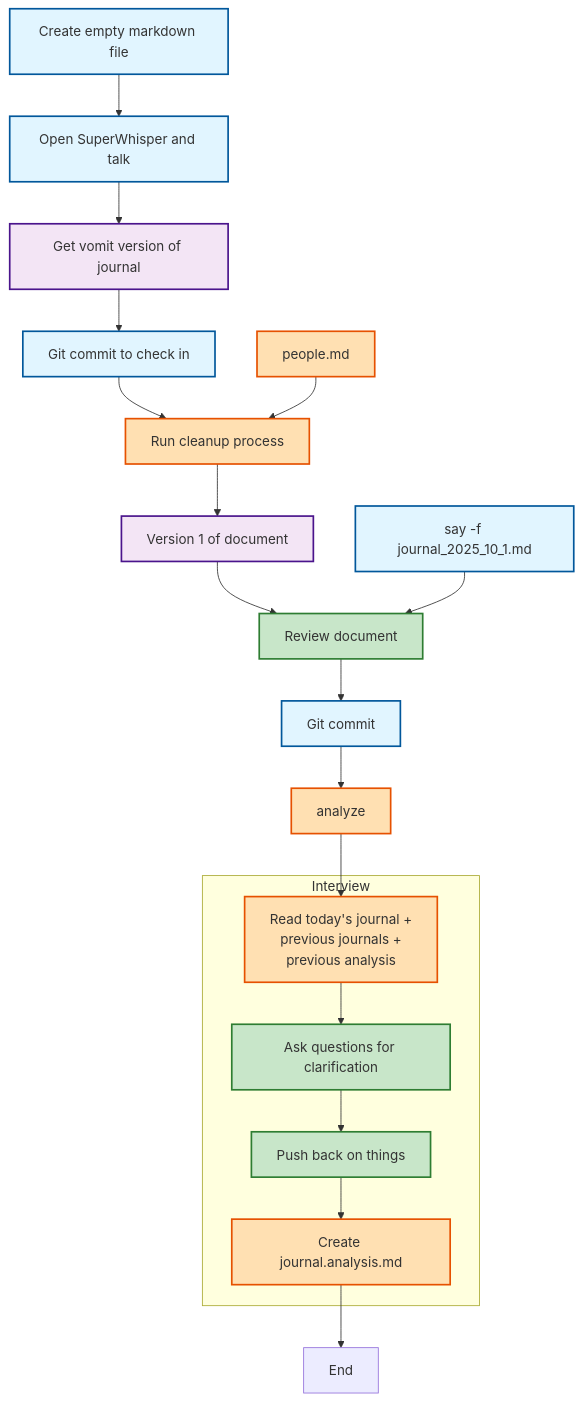
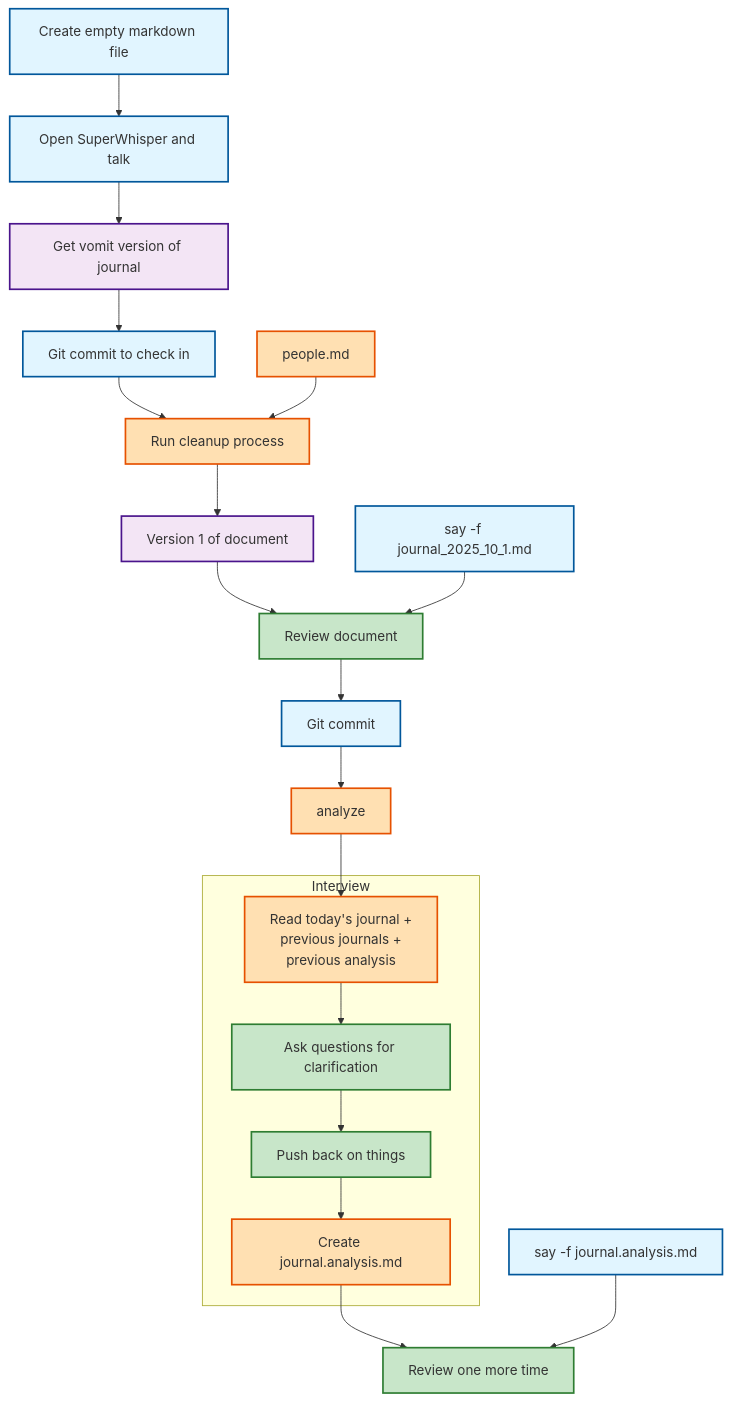
One commit to isidore/AIJournaling changed the second of 2 diagrams in Flowchart_Journaling/journaling_process.md. Above: the diagram before and after it, drawn with Mermaid.

Commit message:
step 9 review

````diff
--- a/Flowchart_Journaling/journaling_process.md
+++ b/Flowchart_Journaling/journaling_process.md
@@ -18,43 +18,47 @@
 ```mermaid
 graph TD
     Start[Create empty markdown file]:::tools
     Whisper[Open SuperWhisper and talk]:::tools
     Vomit[Get vomit version of journal]:::output
     Commit[Git commit to check in]:::tools
     Cleanup[Run cleanup process]:::processing
     People[people.md]:::processing
     V1[Version 1 of document]:::output
     Say[say -f journal_2025_10_1.md]:::tools
     Review[Review document]:::manual
     Commit2[Git commit]:::tools
     Analyze[analyze]:::processing
     
     subgraph Interview
         Read[Read today's journal +<br/>previous journals +<br/>previous analysis]:::processing
         Ask[Ask questions for clarification]:::manual
         PushBack[Push back on things]:::manual
         CreateAnalysis[Create journal.analysis.md]:::processing
         
         Read --> Ask
         Ask --> PushBack
         PushBack --> CreateAnalysis
     end
     
+    SayAnalysis[say -f journal.analysis.md]:::tools
+    ReviewAnalysis[Review one more time]:::manual
+    
     Start --> Whisper
     Whisper --> Vomit
     Vomit --> Commit
     Commit --> Cleanup
     People --> Cleanup
     Cleanup --> V1
     V1 --> Review
     Say --> Review
     Review --> Commit2
     Commit2 --> Analyze
     Analyze --> Read
-    CreateAnalysis --> End[End]
+    CreateAnalysis --> ReviewAnalysis
+    SayAnalysis --> ReviewAnalysis
     
     classDef tools fill:#e1f5ff,stroke:#01579b,stroke-width:2px
     classDef output fill:#f3e5f5,stroke:#4a148c,stroke-width:2px
     classDef processing fill:#ffe0b2,stroke:#e65100,stroke-width:2px
     classDef manual fill:#c8e6c9,stroke:#2e7d32,stroke-width:2px
 ```
````
